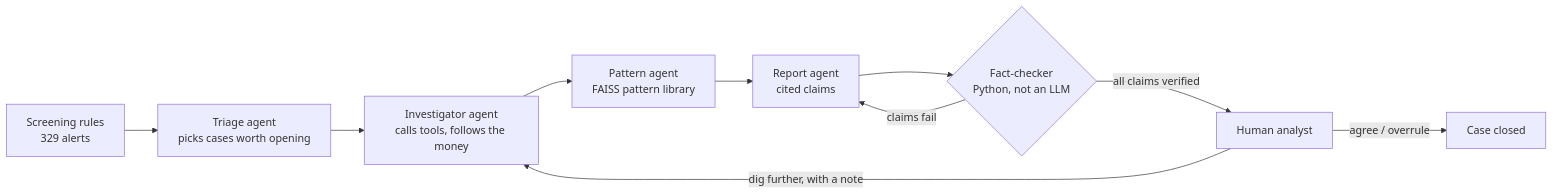
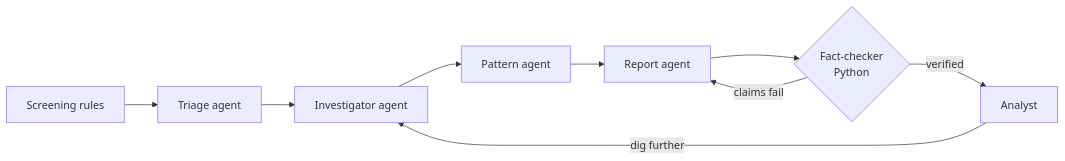
The diagram in README.md (Anjali18710/Parakh), drawn with Mermaid before and after one commit. The commit also changed other lines of this file and 28 other files, not shown here.

````diff
--- a/README.md
+++ b/README.md
@@ -13,12 +11,11 @@
 ```mermaid
 flowchart LR
-    S[Screening rules<br/>329 alerts] --> T[Triage agent<br/>picks cases worth opening]
-    T --> I[Investigator agent<br/>calls tools, follows the money]
-    I --> P[Pattern agent<br/>FAISS pattern library]
-    P --> R[Report agent<br/>cited claims]
-    R --> V{Fact-checker<br/>Python, not an LLM}
+    S[Screening rules] --> T[Triage agent]
+    T --> I[Investigator agent]
+    I --> P[Pattern agent]
+    P --> R[Report agent]
+    R --> V{Fact-checker<br/>Python}
     V -- claims fail --> R
-    V -- all claims verified --> H[Human analyst]
-    H -- dig further, with a note --> I
-    H -- agree / overrule --> D[Case closed]
+    V -- verified --> H[Analyst]
+    H -- dig further --> I
 ```
````
